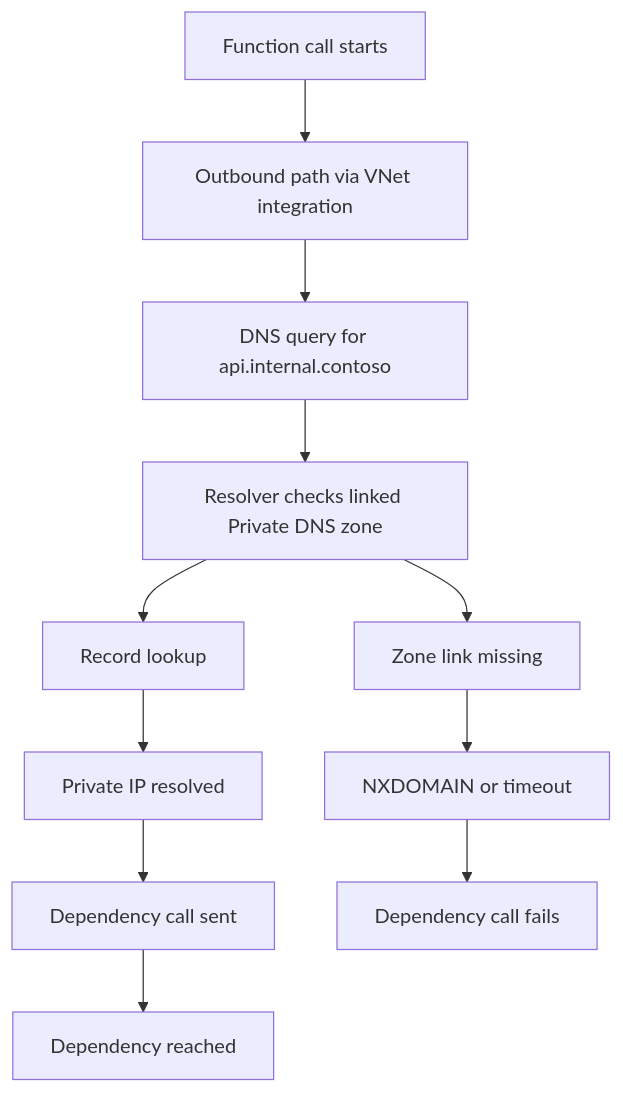
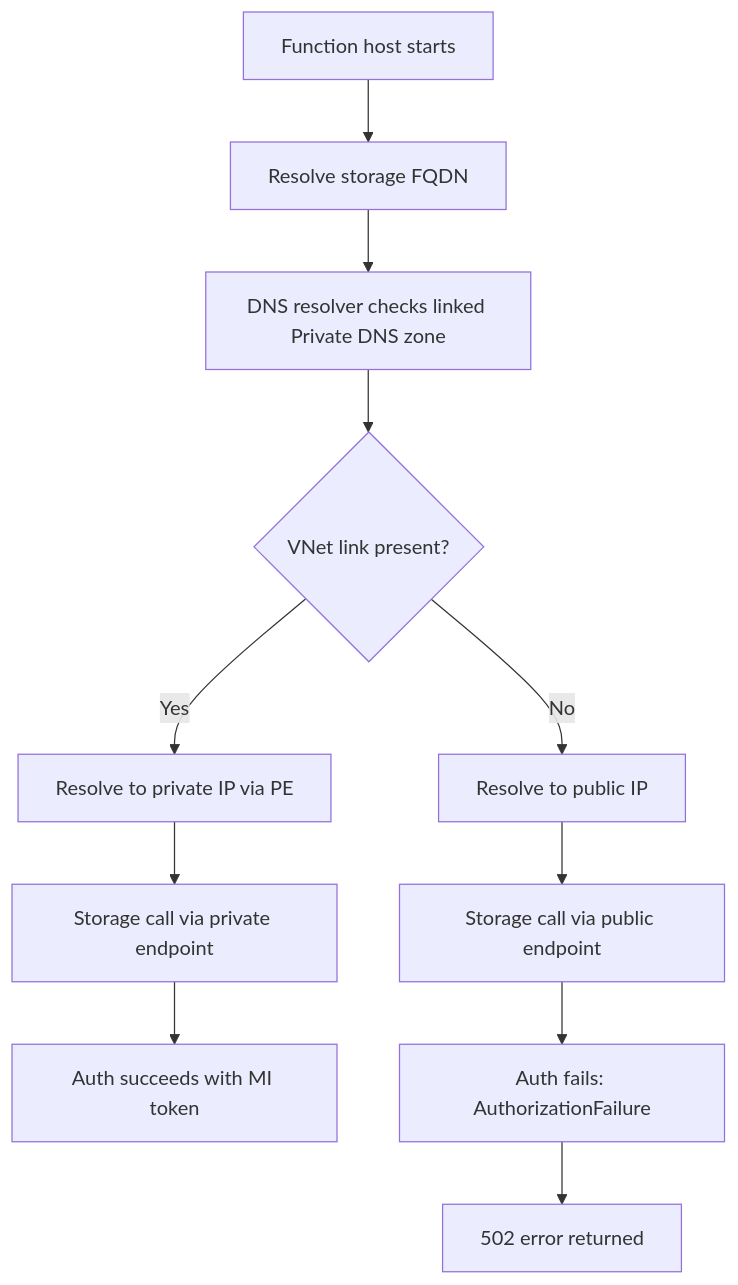
The first of 5 diagrams in docs/troubleshooting/lab-guides/dns-vnet-resolution.md (yeongseon/azure-functions-practical-guide), drawn with Mermaid before and after one commit. The commit also changed other lines of this file and 21 other files, not shown here.

````diff
--- a/docs/troubleshooting/lab-guides/dns-vnet-resolution.md
+++ b/docs/troubleshooting/lab-guides/dns-vnet-resolution.md
@@ -37,14 +43,14 @@
 ```mermaid
 flowchart TD
-    A[Function call starts] --> B[Outbound path via VNet integration]
-    B --> C[DNS query for api.internal.contoso]
-    C --> D[Resolver checks linked Private DNS zone]
-    D --> E[Record lookup]
-    E --> F[Private IP resolved]
-    F --> G[Dependency call sent]
-    G --> H[Dependency reached]
+    A[Function host starts] --> B[Resolve storage FQDN]
+    B --> C[DNS resolver checks linked Private DNS zone]
+    C --> D{VNet link present?}
+    D -->|Yes| E[Resolve to private IP via PE]
+    E --> F[Storage call via private endpoint]
+    F --> G[Auth succeeds with MI token]
 
-    D --> X[Zone link missing]
-    X --> Y[NXDOMAIN or timeout]
-    Y --> Z[Dependency call fails]
+    D -->|No| H[Resolve to public IP]
+    H --> I[Storage call via public endpoint]
+    I --> J[Auth fails: AuthorizationFailure]
+    J --> K[502 error returned]
 ```
````
